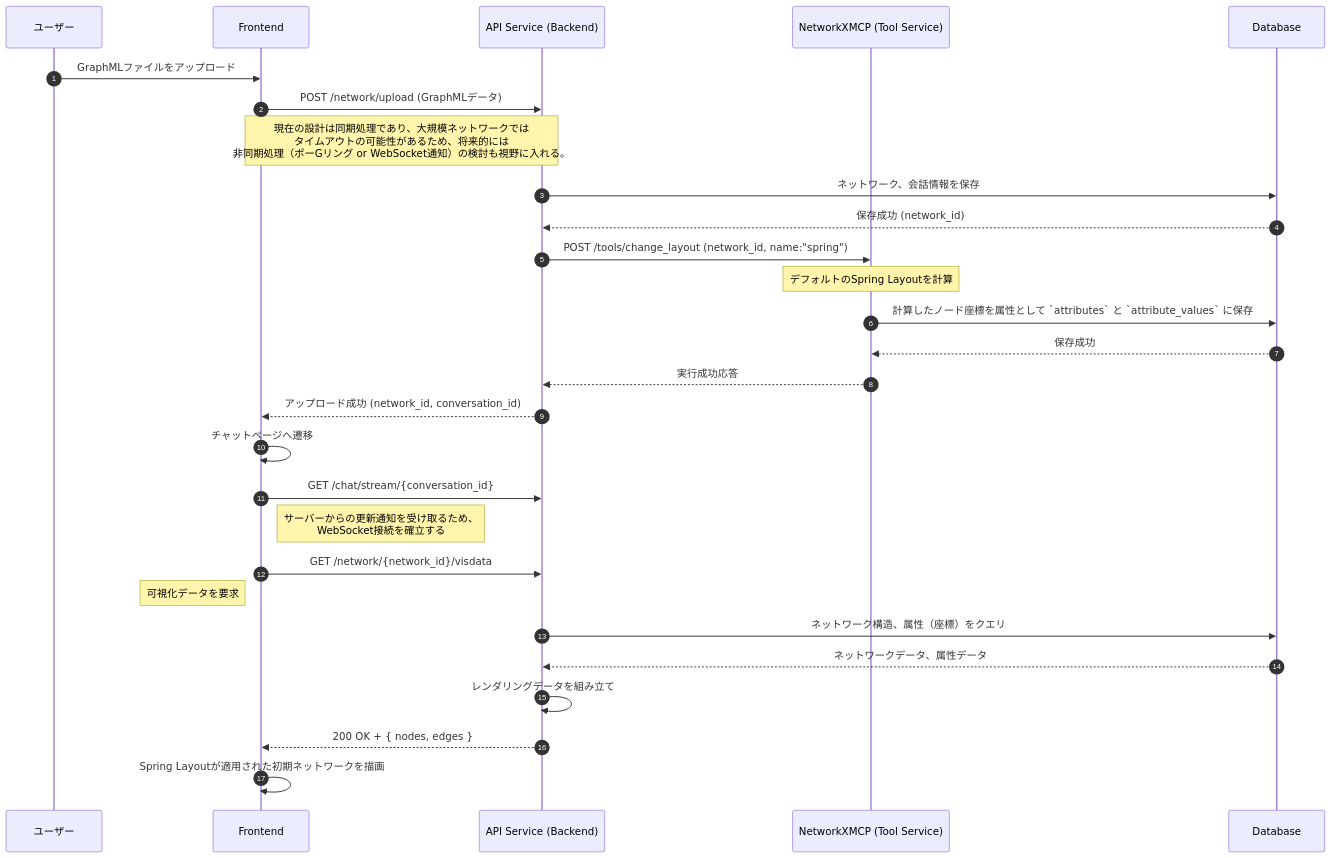
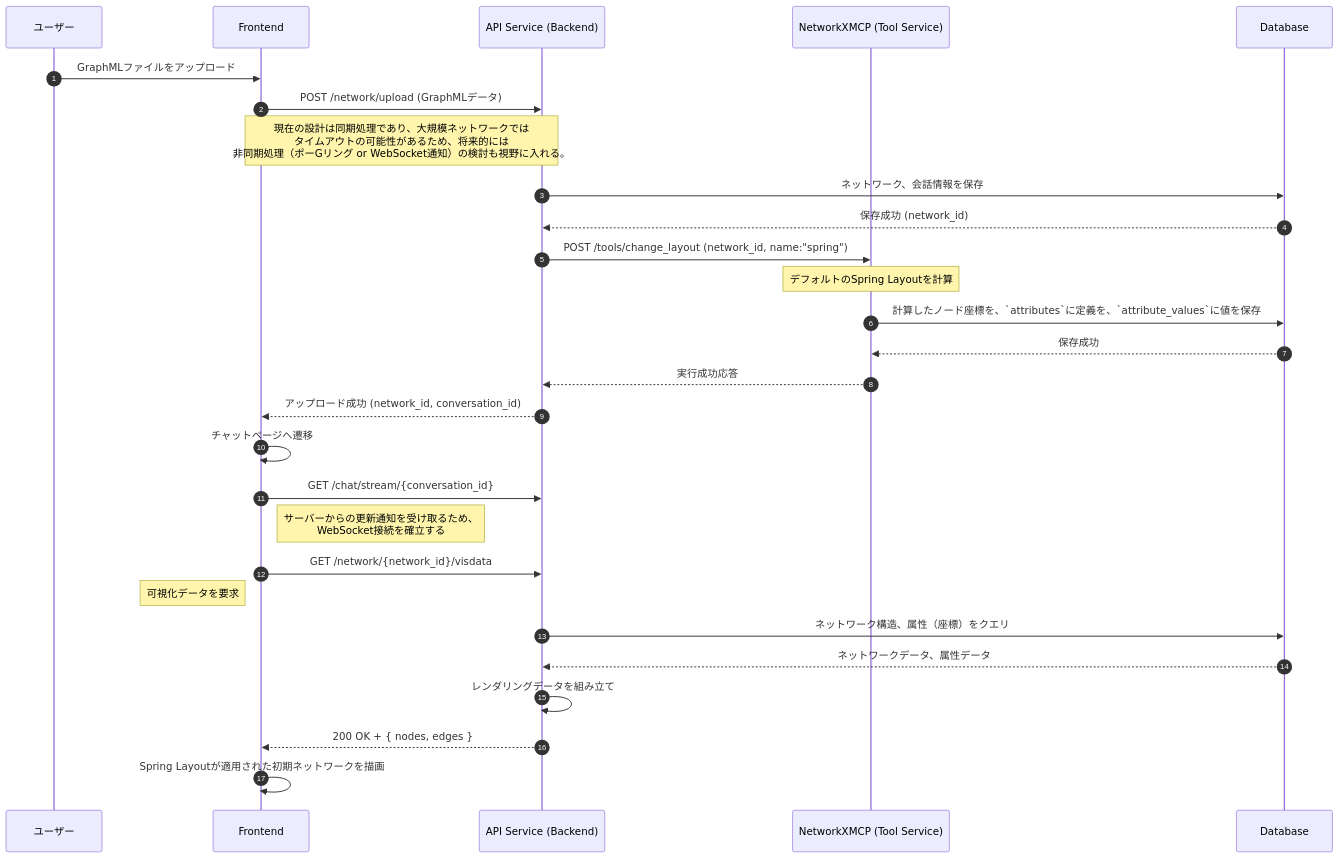
The first of 3 diagrams in specification/2_Technical_Details/6_Core_Workflows.md (vdslab/LLMGraphvis), drawn with Mermaid before and after one commit. The commit also changed other lines of this file and 3 other files, not shown here.

Commit message:
Docs: Clarify database schema and workflow documentation for attribute storage and centrality calculations

````diff
--- a/specification/2_Technical_Details/6_Core_Workflows.md
+++ b/specification/2_Technical_Details/6_Core_Workflows.md
@@ -22,40 +22,40 @@
 ```mermaid
 sequenceDiagram
     autonumber
     participant U as ユーザー
     participant F as Frontend
     participant B as API Service (Backend)
     participant N as NetworkXMCP (Tool Service)
     participant DB as Database
 
     %% Step 1: User uploads a file
     U->>F: GraphMLファイルをアップロード
     F->>B: POST /network/upload (GraphMLデータ)
     note over B,F: 現在の設計は同期処理であり、大規模ネットワークでは<br/>タイムアウトの可能性があるため、将来的には<br/>非同期処理（ポーGリング or WebSocket通知）の検討も視野に入れる。
 
     %% Step 2: Backend saves initial data and requests default layout calculation
     B->>DB: ネットワーク、会話情報を保存
     DB-->>B: 保存成功 (network_id)
     B->>N: POST /tools/change_layout (network_id, name:"spring")
     note over N: デフォルトのSpring Layoutを計算
 
     %% Step 3: NetworkXMCP computes and saves layout as an attribute
-    N->>DB: 計算したノード座標を属性として `attributes` と `attribute_values` に保存
+    N->>DB: 計算したノード座標を、`attributes`に定義を、`attribute_values`に値を保存
     DB-->>N: 保存成功
     N-->>B: 実行成功応答
     B-->>F: アップロード成功 (network_id, conversation_id)
 
     %% Step 4: Frontend navigates and fetches the initial network data
     F->>F: チャットページへ遷移
     F->>B: GET /chat/stream/{conversation_id}
     note right of F: サーバーからの更新通知を受け取るため、<br/>WebSocket接続を確立する
     F->>B: GET /network/{network_id}/visdata
     note left of F: 可視化データを要求
     B->>DB: ネットワーク構造、属性（座標）をクエリ
     DB-->>B: ネットワークデータ、属性データ
     B->>B: レンダリングデータを組み立て
     B-->>F: 200 OK + { nodes, edges }
 
     %% Step 5: Frontend renders the initial network
     F->>F: Spring Layoutが適用された初期ネットワークを描画
 ```
````
